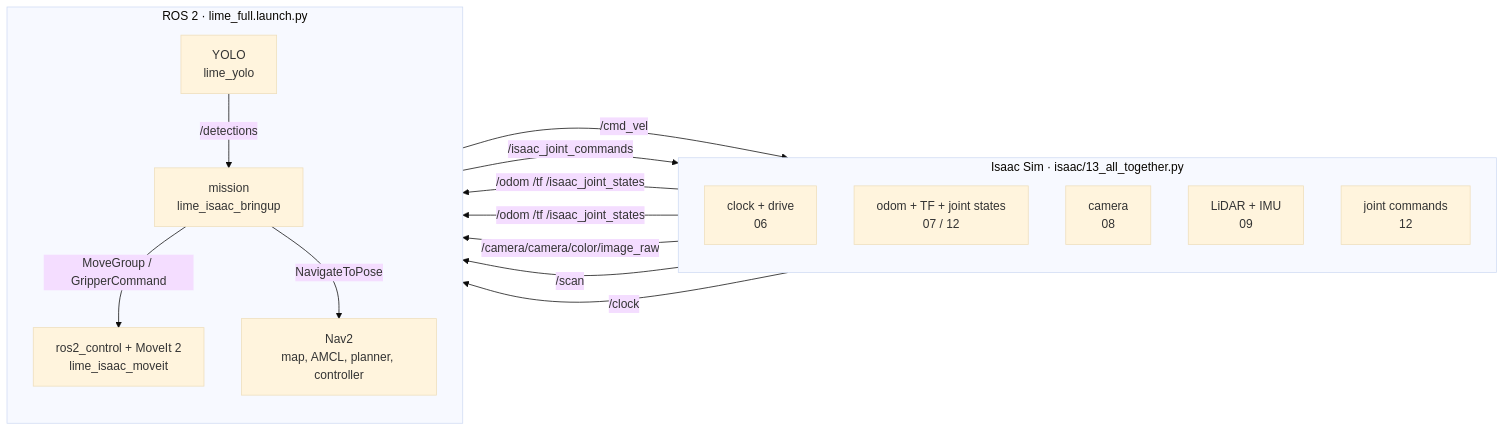
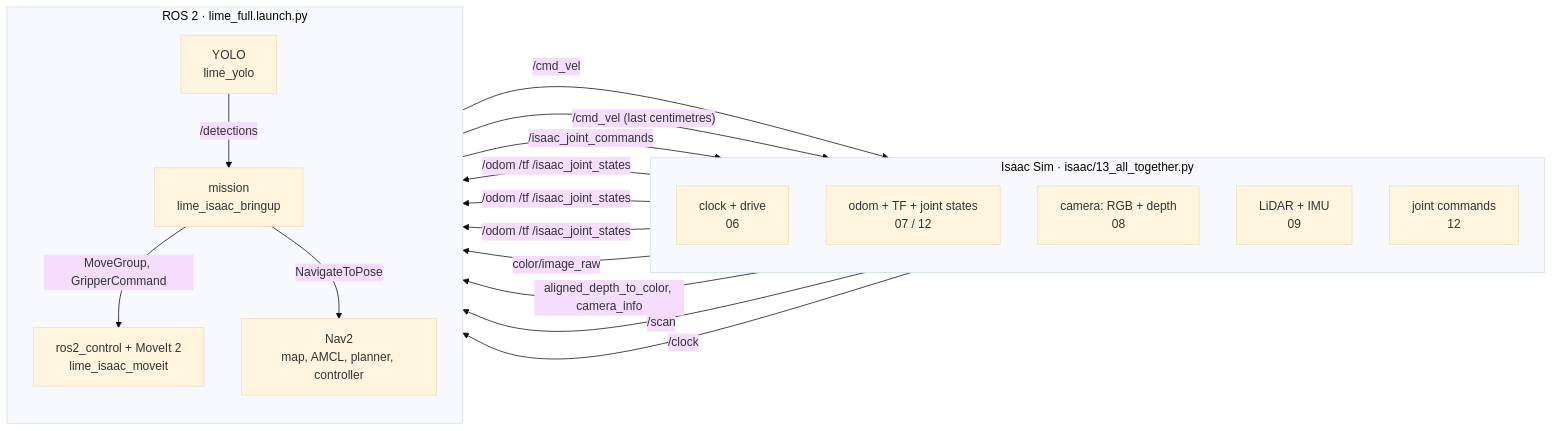
One commit to sakaki-an/Turtlebot3_Lime_IsaacSim changed the first of 2 diagrams in docs/tutorials/13-all-together.md. Above: the diagram before and after it, drawn with Mermaid (base theme). The commit also changed other lines of this file and 20 other files, not shown here.

````diff
--- a/docs/tutorials/13-all-together.md
+++ b/docs/tutorials/13-all-together.md
@@ -17,27 +19,29 @@
 ```mermaid
 flowchart LR
   subgraph ISAAC["Isaac Sim · isaac/13_all_together.py"]
     direction TB
     g06[clock + drive<br/>06]
     g07[odom + TF + joint states<br/>07 / 12]
-    g08[camera<br/>08]
+    g08[camera: RGB + depth<br/>08]
     g09[LiDAR + IMU<br/>09]
     g12[joint commands<br/>12]
   end
   subgraph ROS["ROS 2 · lime_full.launch.py"]
     direction TB
     rc[ros2_control + MoveIt 2<br/>lime_isaac_moveit]
     nav[Nav2<br/>map, AMCL, planner, controller]
     yolo[YOLO<br/>lime_yolo]
     mission[mission<br/>lime_isaac_bringup]
   end
   g06 -- "/clock" --> ROS
   nav -- "/cmd_vel" --> g06
-  g07 -- "/odom /tf /isaac_joint_states" --> rc & nav
+  mission -- "/cmd_vel (last centimetres)" --> g06
+  g07 -- "/odom /tf /isaac_joint_states" --> rc & nav & mission
   rc -- "/isaac_joint_commands" --> g12
-  g08 -- "/camera/camera/color/image_raw" --> yolo
+  g08 -- "color/image_raw" --> yolo
+  g08 -- "aligned_depth_to_color, camera_info" --> mission
   g09 -- "/scan" --> nav
+  yolo -- "/detections" --> mission
+  mission -- "MoveGroup, GripperCommand" --> rc
   mission -- NavigateToPose --> nav
-  mission -- MoveGroup / GripperCommand --> rc
-  yolo -- "/detections" --> mission
 ```
````
